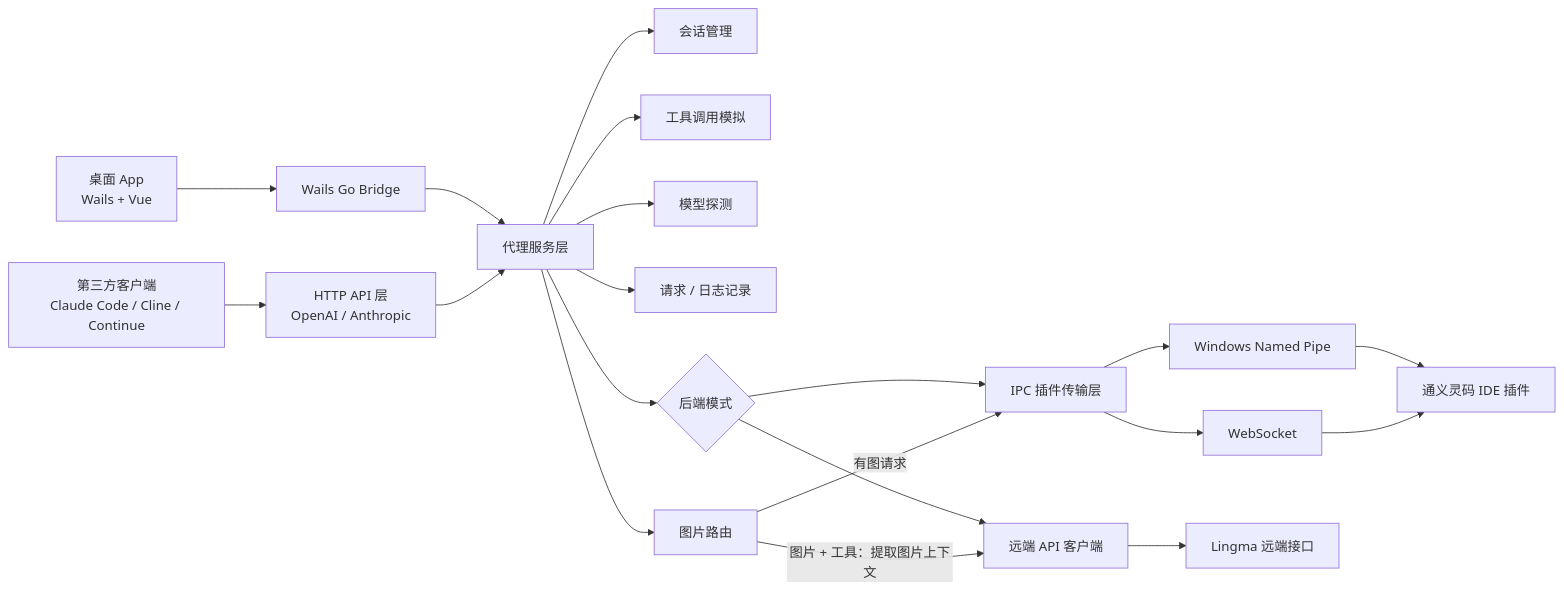
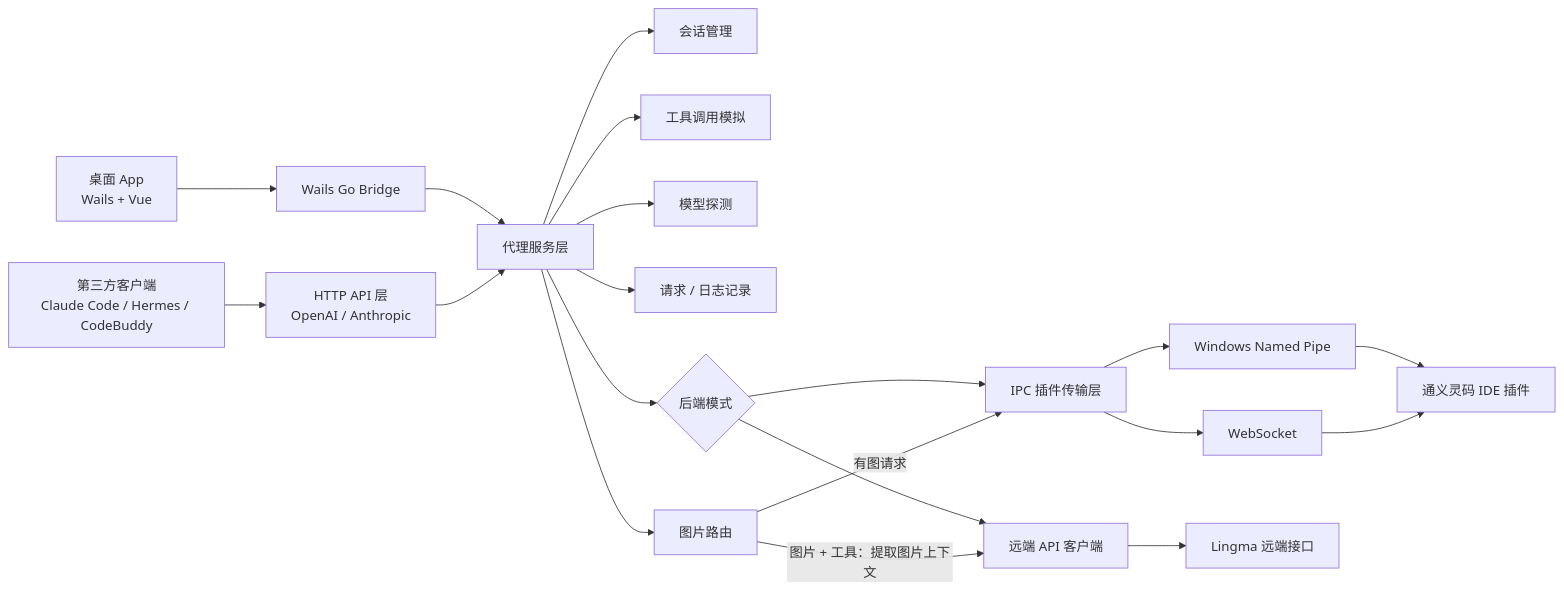
Before and after one commit to Lutiancheng1/lingma-proxy: the diagram in README.zh-CN.md, drawn with Mermaid. The commit also changed other lines of this file and 12 other files, not shown here.

````diff
--- a/README.zh-CN.md
+++ b/README.zh-CN.md
@@ -217,22 +206,22 @@
 ```mermaid
 flowchart LR
-  Client["第三方客户端<br/>Claude Code / Cline / Continue"] --> HTTP["HTTP API 层<br/>OpenAI / Anthropic"]
+  Client["第三方客户端<br/>Claude Code / Hermes / CodeBuddy"] --> HTTP["HTTP API 层<br/>OpenAI / Anthropic"]
   Desktop["桌面 App<br/>Wails + Vue"] --> Bridge["Wails Go Bridge"]
   Bridge --> Service["代理服务层"]
   HTTP --> Service
   Service --> Session["会话管理"]
   Service --> Tooling["工具调用模拟"]
   Service --> Model["模型探测"]
   Service --> Recorder["请求 / 日志记录"]
   Service --> Images["图片路由"]
   Service --> Backend{"后端模式"}
   Backend --> Transport["IPC 插件传输层"]
   Backend --> Remote["远端 API 客户端"]
   Images -->|"有图请求"| Transport
   Images -->|"图片 + 工具：提取图片上下文"| Remote
   Transport --> Pipe["Windows Named Pipe"]
   Transport --> WS["WebSocket"]
   Pipe --> Lingma["通义灵码 IDE 插件"]
   WS --> Lingma
   Remote --> Cloud["Lingma 远端接口"]
 ```
````
